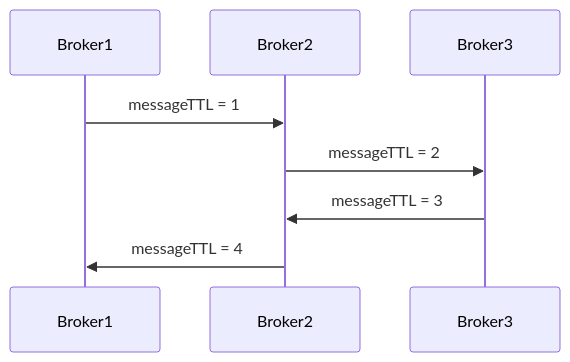
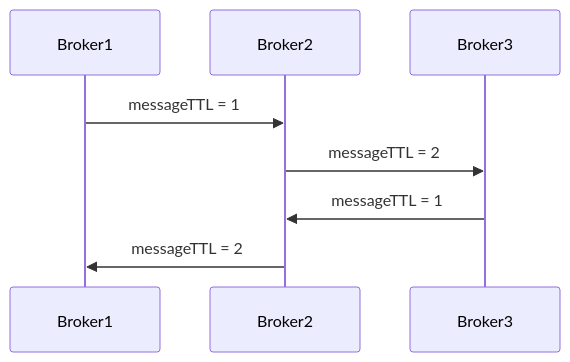
Before and after one commit to aws-samples/amazon-mq-workshop: the diagram in mermaidjs/messagettl.mmd, drawn with Mermaid. The commit also changed 3 other files, not shown here.

```diff
--- a/mermaidjs/messagettl.mmd
+++ b/mermaidjs/messagettl.mmd
@@ -1,5 +1,5 @@
 sequenceDiagram
     Broker1->>Broker2: messageTTL = 1
     Broker2->>Broker3: messageTTL = 2
-    Broker3->>Broker2: messageTTL = 3
-    Broker2->>Broker1: messageTTL = 4
+    Broker3->>Broker2: messageTTL = 1
+    Broker2->>Broker1: messageTTL = 2
```
